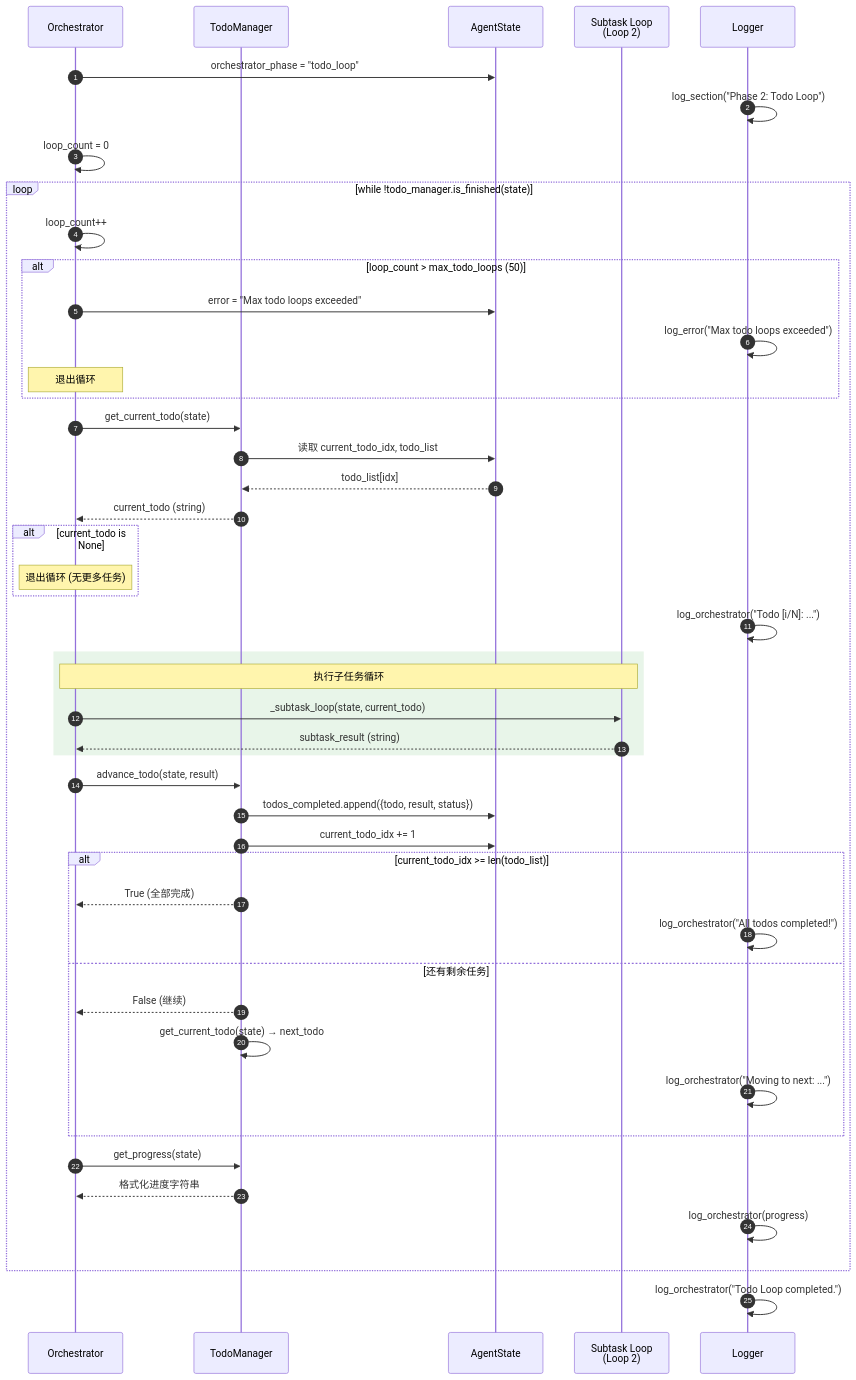
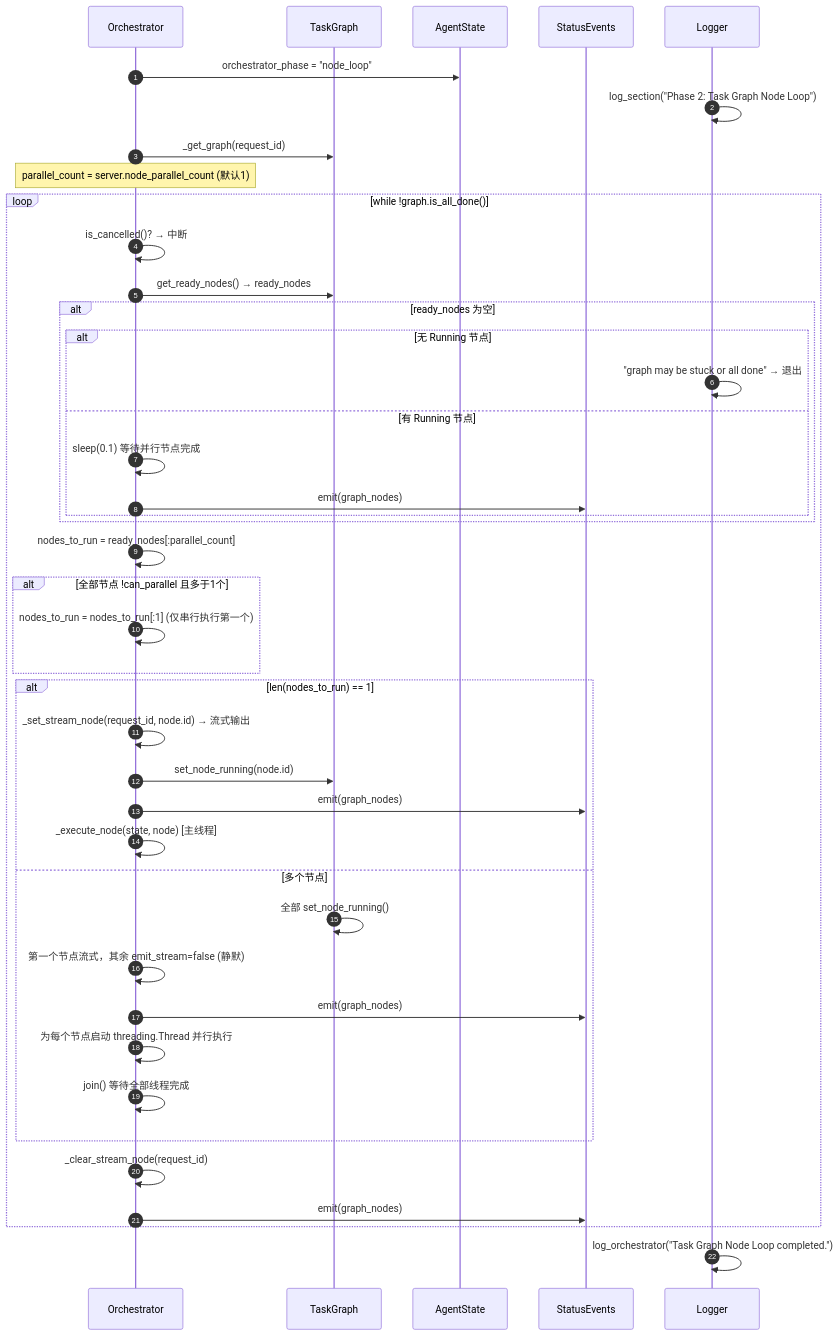
Before and after one commit to jimmylang74/Helix: the fourth of 16 diagrams in doc/design.md, drawn with Mermaid. The commit also changed other lines of this file and 1 other file, not shown here.

First line of the commit message:
[docs] Update README and design doc for three-phase DAG architecture

````diff
--- a/doc/design.md
+++ b/doc/design.md
@@ -215,59 +237,51 @@
 ```mermaid
 sequenceDiagram
     autonumber
     participant Orch as Orchestrator
-    participant TM as TodoManager
+    participant Graph as TaskGraph
     participant State as AgentState
-    participant Sub as Subtask Loop<br/>(Loop 2)
+    participant SSE as StatusEvents
     participant Log as Logger
 
-    Orch->>State: orchestrator_phase = "todo_loop"
-    Log->>Log: log_section("Phase 2: Todo Loop")
-    Orch->>Orch: loop_count = 0
+    Orch->>State: orchestrator_phase = "node_loop"
+    Log->>Log: log_section("Phase 2: Task Graph Node Loop")
+    Orch->>Graph: _get_graph(request_id)
+    Note over Orch: parallel_count = server.node_parallel_count (默认1)
 
-    loop while !todo_manager.is_finished(state)
-        Orch->>Orch: loop_count++
+    loop while !graph.is_all_done()
+        Orch->>Orch: is_cancelled()? → 中断
 
-        alt loop_count > max_todo_loops (50)
-            Orch->>State: error = "Max todo loops exceeded"
-            Log->>Log: log_error("Max todo loops exceeded")
-            Note over Orch: 退出循环
+        Orch->>Graph: get_ready_nodes() → ready_nodes
+        alt ready_nodes 为空
+            alt 无 Running 节点
+                Log->>Log: "graph may be stuck or all done" → 退出
+            else 有 Running 节点
+                Orch->>Orch: sleep(0.1) 等待并行节点完成
+                Orch->>SSE: emit(graph_nodes)
+            end
         end
 
-        Orch->>TM: get_current_todo(state)
-        TM->>State: 读取 current_todo_idx, todo_list
-        State-->>TM: todo_list[idx]
-        TM-->>Orch: current_todo (string)
-
-        alt current_todo is None
-            Note over Orch: 退出循环 (无更多任务)
+        Orch->>Orch: nodes_to_run = ready_nodes[:parallel_count]
+        alt 全部节点 !can_parallel 且多于1个
+            Orch->>Orch: nodes_to_run = nodes_to_run[:1] (仅串行执行第一个)
         end
 
-        Log->>Log: log_orchestrator("Todo [i/N]: ...")
-
-        rect rgb(232, 245, 233)
-            Note over Orch,Sub: 执行子任务循环
-            Orch->>Sub: _subtask_loop(state, current_todo)
-            Sub-->>Orch: subtask_result (string)
+        alt len(nodes_to_run) == 1
+            Orch->>Orch: _set_stream_node(request_id, node.id) → 流式输出
+            Orch->>Graph: set_node_running(node.id)
+            Orch->>SSE: emit(graph_nodes)
+            Orch->>Orch: _execute_node(state, node) [主线程]
+        else 多个节点
+            Graph->>Graph: 全部 set_node_running()
+            Orch->>Orch: 第一个节点流式，其余 emit_stream=false (静默)
+            Orch->>SSE: emit(graph_nodes)
+            Orch->>Orch: 为每个节点启动 threading.Thread 并行执行
+            Orch->>Orch: join() 等待全部线程完成
         end
 
-        Orch->>TM: advance_todo(state, result)
-        TM->>State: todos_completed.append({todo, result, status})
-        TM->>State: current_todo_idx += 1
-
-        alt current_todo_idx >= len(todo_list)
-            TM-->>Orch: True (全部完成)
-            Log->>Log: log_orchestrator("All todos completed!")
-        else 还有剩余任务
-            TM-->>Orch: False (继续)
-            TM->>TM: get_current_todo(state) → next_todo
-            Log->>Log: log_orchestrator("Moving to next: ...")
-        end
-
-        Orch->>TM: get_progress(state)
-        TM-->>Orch: 格式化进度字符串
-        Log->>Log: log_orchestrator(progress)
+        Orch->>Orch: _clear_stream_node(request_id)
+        Orch->>SSE: emit(graph_nodes)
     end
 
-    Log->>Log: log_orchestrator("Todo Loop completed.")
+    Log->>Log: log_orchestrator("Task Graph Node Loop completed.")
 ```
````
